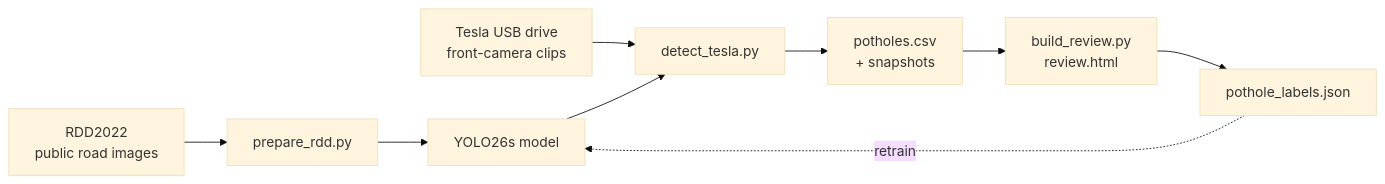
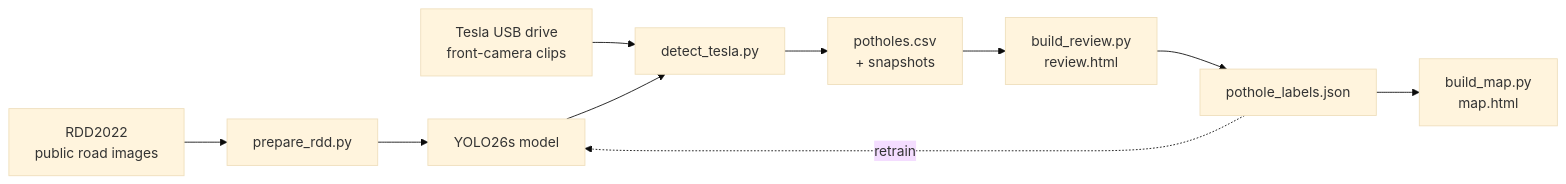
One commit to jma-repo/pothole-vision-model changed the diagram in README.md. Above: the diagram before and after it, drawn with Mermaid (base theme). The commit also changed other lines of this file and 4 other files, not shown here.

````diff
--- a/README.md
+++ b/README.md
@@ -14,10 +14,11 @@
 ```mermaid
 flowchart LR
     A[RDD2022<br>public road images] --> B[prepare_rdd.py] --> C[YOLO26s model]
     D[Tesla USB drive<br>front-camera clips] --> E[detect_tesla.py]
     C --> E
     E --> F[potholes.csv<br>+ snapshots]
     F --> G[build_review.py<br>review.html]
     G --> H[pothole_labels.json]
+    H --> I[build_map.py<br>map.html]
     H -. retrain .-> C
 ```
````
